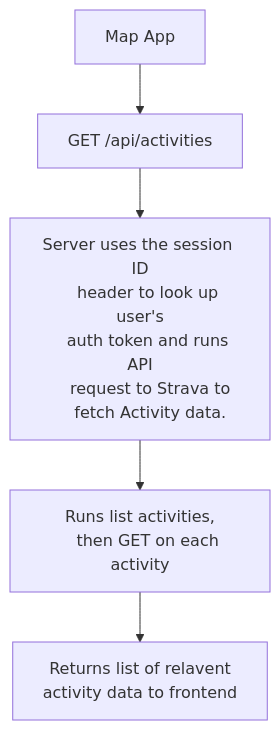
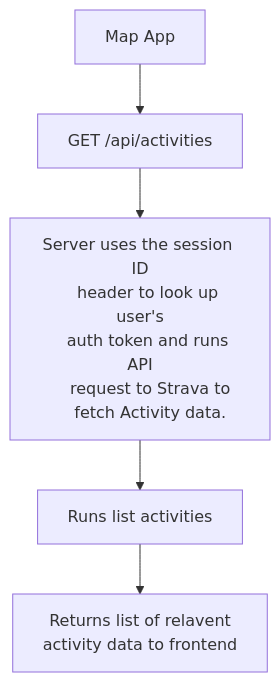
One commit to Rock-it-science/my-heatmap changed the second of 2 diagrams in README.md. Above: the diagram before and after it, drawn with Mermaid. The commit also changed other lines of this file and 1 other file, not shown here.

Commit message:
do not GET each activity

````diff
--- a/README.md
+++ b/README.md
@@ -49,14 +49,13 @@
 ```mermaid
 flowchart TD
     A[Map App] -->
     B[GET /api/activities] -->
     C[Server uses the session ID
     header to look up user's
     auth token and runs API
     request to Strava to
     fetch Activity data.] -->
-    D[Runs list activities,
-    then GET on each activity] -->
+    D[Runs list activities] -->
     E[Returns list of relavent
     activity data to frontend]
 ```
````
